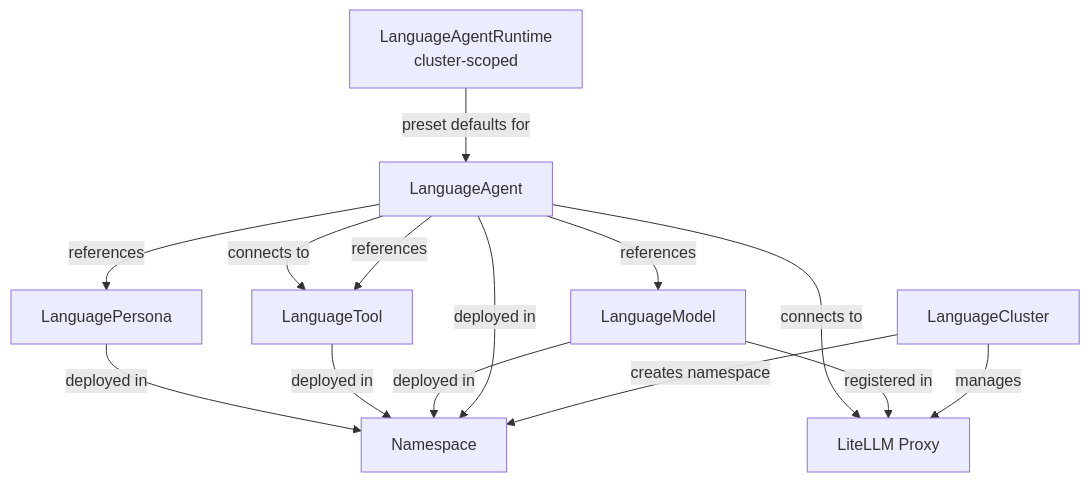
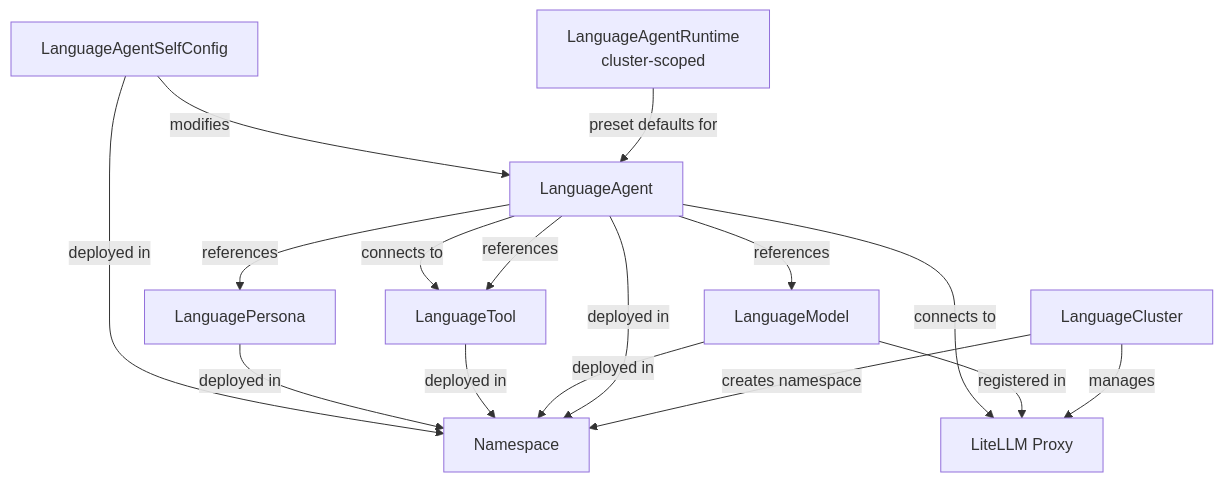
The diagram in docs/api/overview.md (language-operator/language-operator), drawn with Mermaid before and after one commit. The commit also changed other lines of this file and 3 other files, not shown here.

First line of the commit message:
docs: document LanguageAgentSelfConfig CRD and spec.selfConfigure (#874)

````diff
--- a/docs/api/overview.md
+++ b/docs/api/overview.md
@@ -149,21 +166,23 @@
 ```mermaid
 graph TD
     Runtime[LanguageAgentRuntime\ncluster-scoped] -->|preset defaults for| Agent
 
     Cluster[LanguageCluster] -->|creates namespace| NS[Namespace]
     Cluster -->|manages| Proxy[LiteLLM Proxy]
 
     Agent[LanguageAgent] -->|deployed in| NS
     Model[LanguageModel] -->|deployed in| NS
     Tool[LanguageTool] -->|deployed in| NS
     Persona[LanguagePersona] -->|deployed in| NS
+    SelfConfig[LanguageAgentSelfConfig] -->|deployed in| NS
 
     Agent -->|references| Model
     Agent -->|references| Tool
     Agent -->|references| Persona
 
     Model -->|registered in| Proxy
 
     Agent -->|connects to| Proxy
     Agent -->|connects to| Tool
+    SelfConfig -->|modifies| Agent
 ```
````
